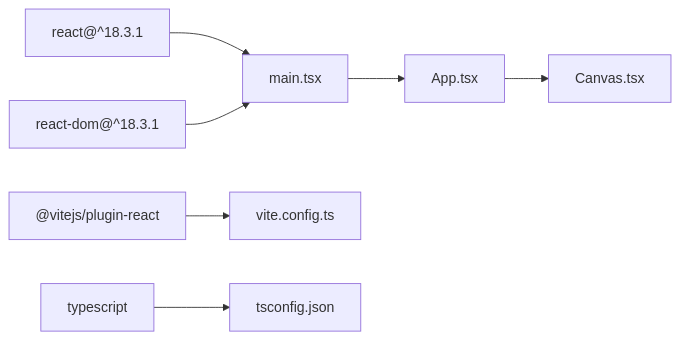
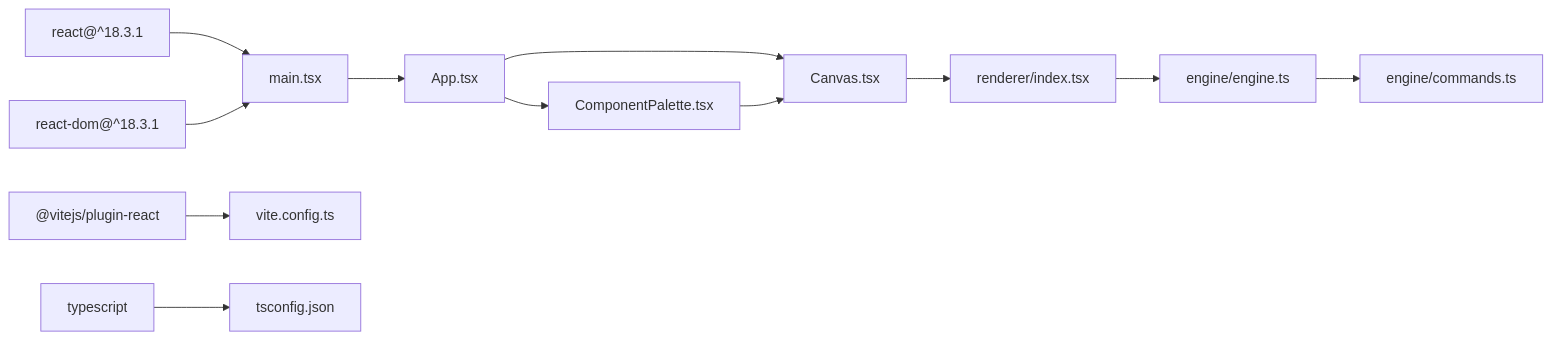
One commit to Anna0314zy/ai_editor_enginer changed the third of 3 diagrams in .qoder/repowiki/en/content/User Interface Components.md. Above: the diagram before and after it, drawn with Mermaid. The commit also changed other lines of this file and 41 other files, not shown here.

````diff
--- a/.qoder/repowiki/en/content/User Interface Components.md
+++ b/.qoder/repowiki/en/content/User Interface Components.md
@@ -333,9 +281,14 @@
 ```mermaid
 graph LR
 REACT["react@^18.3.1"] --> MAIN["main.tsx"]
 REACTDOM["react-dom@^18.3.1"] --> MAIN
 MAIN --> APP["App.tsx"]
+APP --> PALETTE["ComponentPalette.tsx"]
 APP --> CANVAS["Canvas.tsx"]
+CANVAS --> RENDERER["renderer/index.tsx"]
+PALETTE --> CANVAS
+RENDERER --> ENGINE["engine/engine.ts"]
+ENGINE --> COMMANDS["engine/commands.ts"]
 VITE["@vitejs/plugin-react"] --> CONFIG["vite.config.ts"]
 TYPESCRIPT["typescript"] --> TSCONFIG["tsconfig.json"]
 ```
````
